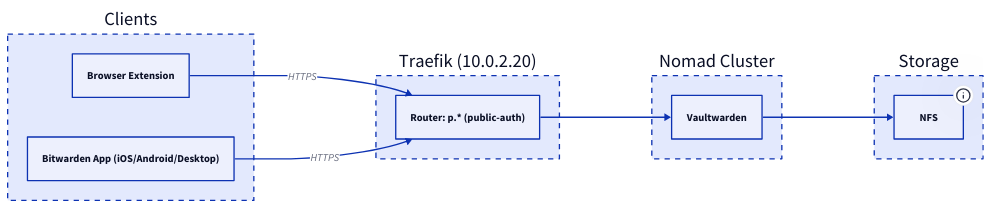
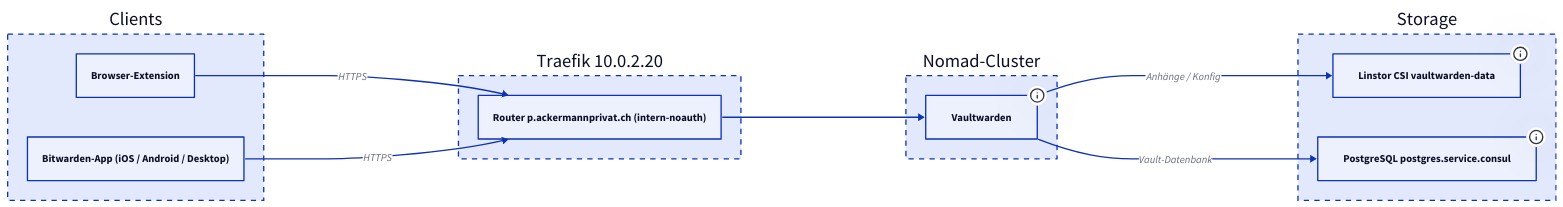
Before and after one commit to derever-labs/homelab-wiki: the diagram in docs/vaultwarden/index.md, drawn with D2. The commit also changed other lines of this file, not shown here.

Commit message:
docs(vaultwarden): Wiki an deployed Job angeglichen

````diff
--- a/docs/vaultwarden/index.md
+++ b/docs/vaultwarden/index.md
@@ -32,29 +35,31 @@
 ```d2
 direction: right
 
-Clients: Clients {
+clients: Clients {
   style.stroke-dash: 4
-  BRW: Browser Extension
-  APP: Bitwarden App (iOS/Android/Desktop)
+  brw: Browser-Extension
+  app: "Bitwarden-App (iOS / Android / Desktop)"
 }
 
-Traefik: Traefik (10.0.2.20) {
+traefik: Traefik 10.0.2.20 {
   style.stroke-dash: 4
-  R1: Router: p.* (public-auth)
+  router: "Router p.ackermannprivat.ch (intern-noauth)"
 }
 
-Nomad: Nomad Cluster {
+nomad: Nomad-Cluster {
   style.stroke-dash: 4
-  VW: Vaultwarden
+  vw: Vaultwarden { tooltip: "client-05/06, image vaultwarden/server:1.35.4" }
 }
 
-Storage: Storage {
+storage: Storage {
   style.stroke-dash: 4
-  NFS: NFS { tooltip: "/nfs/docker/vaultwarden" }
+  csi: "Linstor CSI vaultwarden-data" { tooltip: "1 GiB ext4, DRBD-repliziert auf client-05/06" }
+  pg: "PostgreSQL postgres.service.consul" { tooltip: "DB vaultwarden im Postgres-DRBD-Cluster" }
 }
 
-Clients.BRW -> Traefik.R1: HTTPS
-Clients.APP -> Traefik.R1: HTTPS
-Traefik.R1 -> Nomad.VW
-Nomad.VW -> Storage.NFS
+clients.brw -> traefik.router: HTTPS
+clients.app -> traefik.router: HTTPS
+traefik.router -> nomad.vw
+nomad.vw -> storage.csi: "Anhänge / Konfig"
+nomad.vw -> storage.pg: "Vault-Datenbank"
 ```
````
